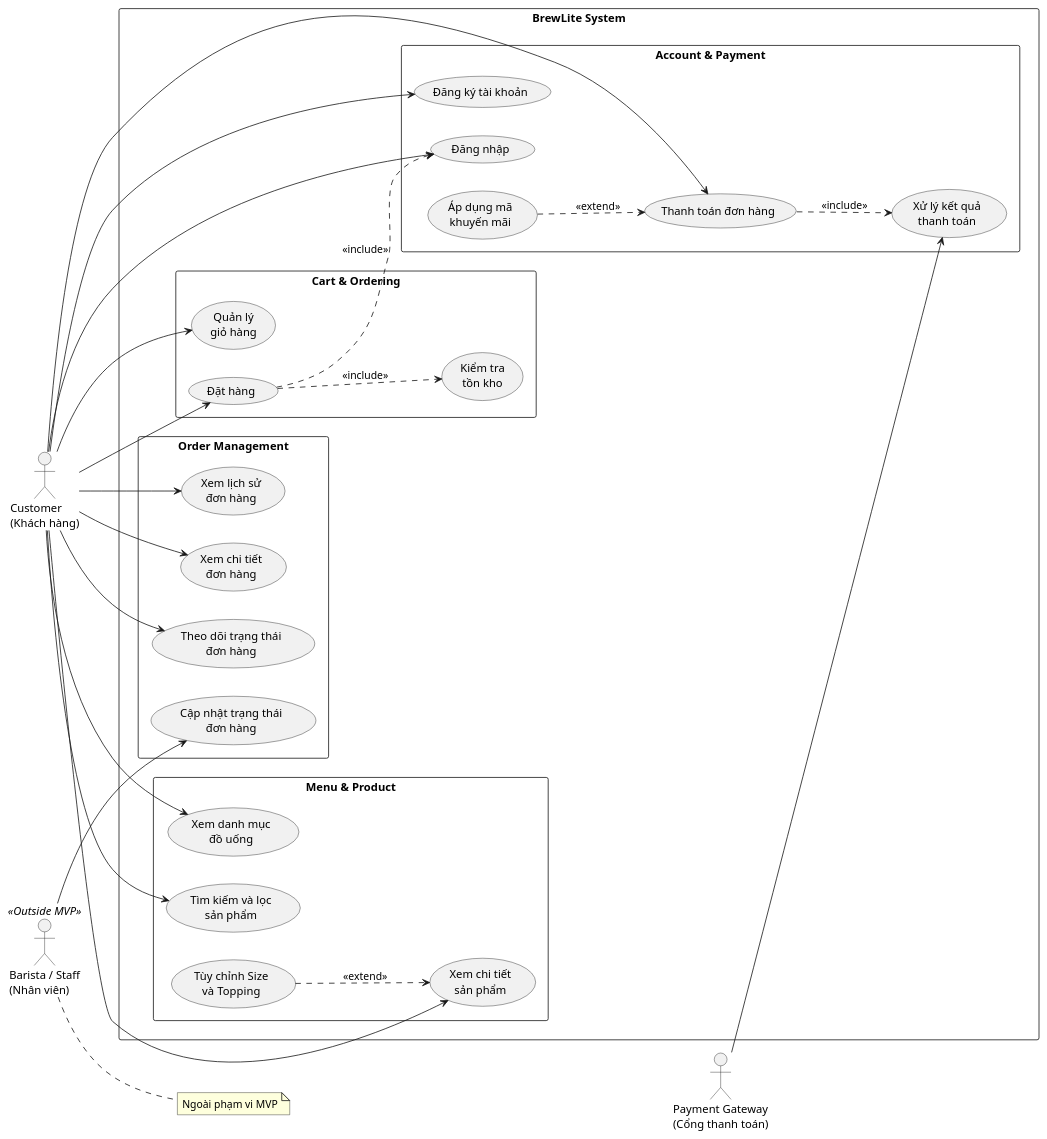
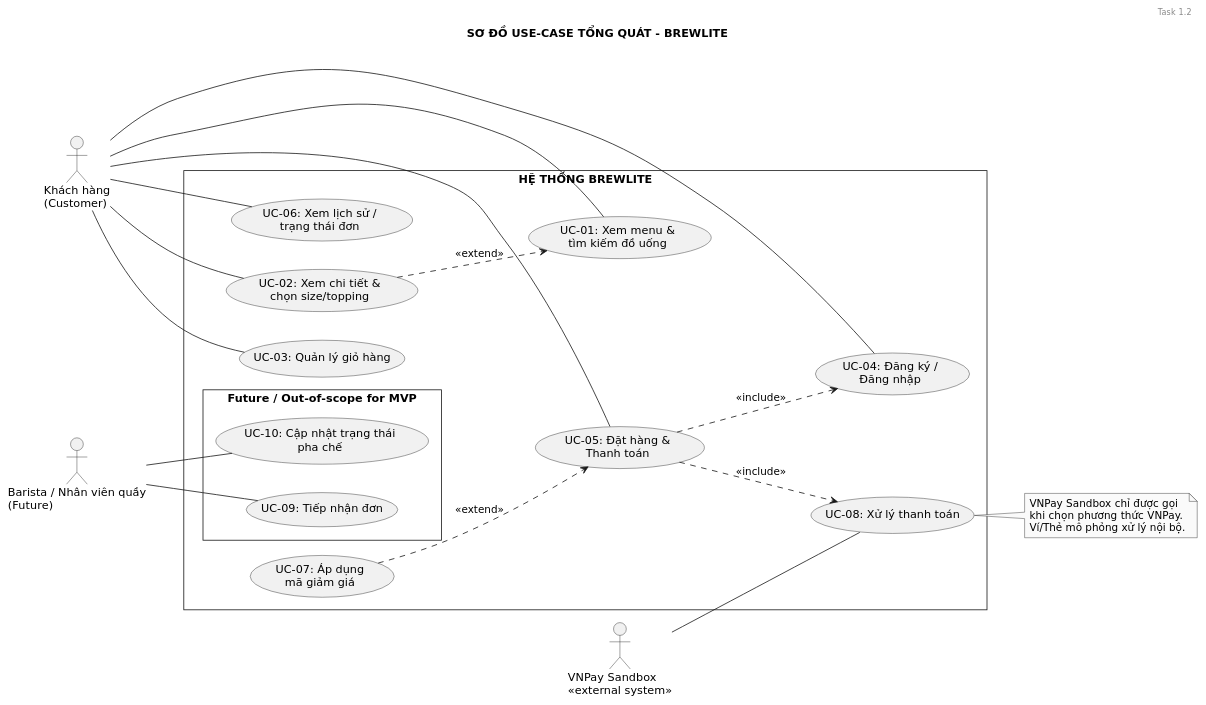
Before and after one commit to leduc16102006-jpg/assiment2: the diagram in docs/diagrams/use-case-general.puml, drawn with PlantUML. The commit also changed 3 other files, not shown here.

Commit message:
12/11 12:30 docs(srs): finalize task 1.2 requirements and align general use-case diagram

```diff
--- a/docs/diagrams/use-case-general.puml
+++ b/docs/diagrams/use-case-general.puml
@@ -1,67 +1,55 @@
 @startuml UseCaseGeneral
 left to right direction
+skinparam monochrome true
+skinparam shadowing false
+skinparam backgroundColor white
+skinparam defaultFontName "DejaVu Sans"
+skinparam roundCorner 0
+skinparam packageStyle rectangle
 
-skinparam packageStyle rectangle
-skinparam shadowing false
+header Task 1.2
+title SƠ ĐỒ USE-CASE TỔNG QUÁT - BREWLITE
 
-actor "Customer\n(Khách hàng)" as Customer
-actor "Barista / Staff\n(Nhân viên)" as Staff <<Outside MVP>>
-actor "Payment Gateway\n(Cổng thanh toán)" as Payment
+actor "Khách hàng\n(Customer)" as Customer
+actor "Barista / Nhân viên quầy\n(Future)" as Barista
+actor "VNPay Sandbox\n«external system»" as Gateway
 
-rectangle "BrewLite System" {
+rectangle "HỆ THỐNG BREWLITE" {
+  usecase "UC-01: Xem menu &\ntìm kiếm đồ uống" as UC01
+  usecase "UC-02: Xem chi tiết &\nchọn size/topping" as UC02
+  usecase "UC-03: Quản lý giỏ hàng" as UC03
+  usecase "UC-04: Đăng ký /\nĐăng nhập" as UC04
+  usecase "UC-05: Đặt hàng &\nThanh toán" as UC05
+  usecase "UC-06: Xem lịch sử /\ntrạng thái đơn" as UC06
+  usecase "UC-07: Áp dụng\nmã giảm giá" as UC07
+  usecase "UC-08: Xử lý thanh toán" as UC08
 
-    package "Menu & Product" {
-        usecase "Xem danh mục\nđồ uống" as UC01
-        usecase "Tìm kiếm và lọc\nsản phẩm" as UC02
-        usecase "Xem chi tiết\nsản phẩm" as UC03
-        usecase "Tùy chỉnh Size\nvà Topping" as UC04
-    }
-
-    package "Cart & Ordering" {
-        usecase "Quản lý\ngiỏ hàng" as UC05
-        usecase "Đặt hàng" as UC06
-        usecase "Kiểm tra\ntồn kho" as UC07
-    }
-
-    package "Account & Payment" {
-        usecase "Đăng ký tài khoản" as UC08
-        usecase "Đăng nhập" as UC09
-        usecase "Thanh toán đơn hàng" as UC10
-        usecase "Xử lý kết quả\nthanh toán" as UC11
-        usecase "Áp dụng mã\nkhuyến mãi" as UC16
-    }
-
-    package "Order Management" {
-        usecase "Xem lịch sử\nđơn hàng" as UC12
-        usecase "Xem chi tiết\nđơn hàng" as UC13
-        usecase "Theo dõi trạng thái\nđơn hàng" as UC14
-        usecase "Cập nhật trạng thái\nđơn hàng" as UC15
-    }
+  package "Future / Out-of-scope for MVP" {
+    usecase "UC-09: Tiếp nhận đơn" as UC09
+    usecase "UC-10: Cập nhật trạng thái\npha chế" as UC10
+  }
 }
 
-Customer --> UC01
-Customer --> UC02
-Customer --> UC03
-Customer --> UC05
-Customer --> UC06
-Customer --> UC08
-Customer --> UC09
-Customer --> UC10
-Customer --> UC12
-Customer --> UC13
-Customer --> UC14
+Customer -- UC01
+Customer -- UC02
+Customer -- UC03
+Customer -- UC04
+Customer -- UC05
+Customer -- UC06
 
-UC04 ..> UC03 : <<extend>>
-UC06 ..> UC07 : <<include>>
-UC06 ..> UC09 : <<include>>
-UC10 ..> UC11 : <<include>>
-UC16 ..> UC10 : <<extend>>
+UC02 ..> UC01 : <<extend>>
+UC05 ..> UC04 : <<include>>
+UC05 ..> UC08 : <<include>>
+UC07 ..> UC05 : <<extend>>
 
-Payment --> UC11
-Staff --> UC15
+Gateway -- UC08
+Barista -- UC09
+Barista -- UC10
 
-note right of Staff
-  Ngoài phạm vi MVP
+note right of UC08
+  VNPay Sandbox chỉ được gọi
+  khi chọn phương thức VNPay.
+  Ví/Thẻ mô phỏng xử lý nội bộ.
 end note
 
 @enduml
```
